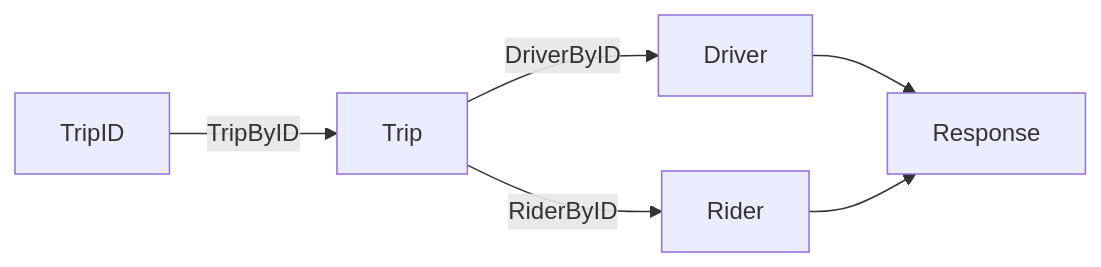
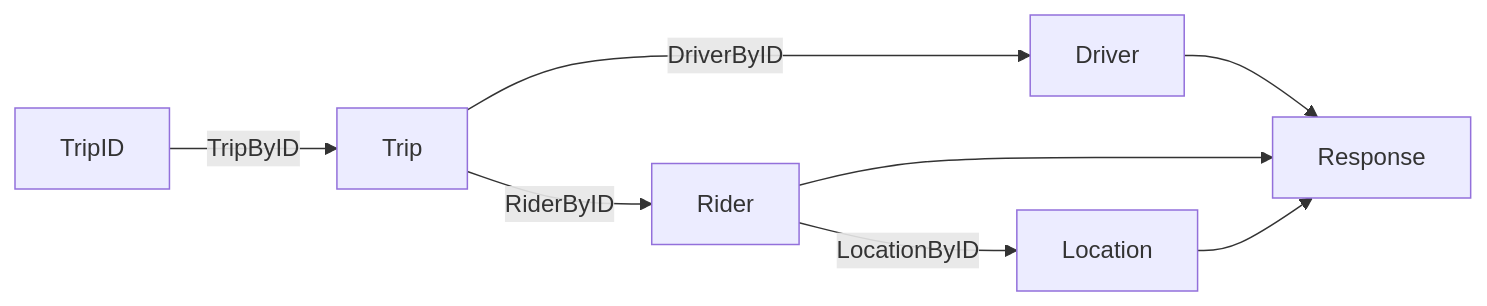
One commit to uber-go/cff changed the diagram in docs/get-started/flow.md. Above: the diagram before and after it, drawn with Mermaid. The commit also changed other lines of this file and 3 other files, not shown here.

````diff
--- a/docs/get-started/flow.md
+++ b/docs/get-started/flow.md
@@ -230,7 +269,8 @@
 ```mermaid
 graph LR 
   TripID --TripByID--> Trip 
   Trip --DriverByID --> Driver 
   Trip --RiderByID--> Rider 
-  Driver & Rider --> Response 
+  Rider --LocationByID --> Location
+  Driver & Rider & Location --> Response 
 ```
````
